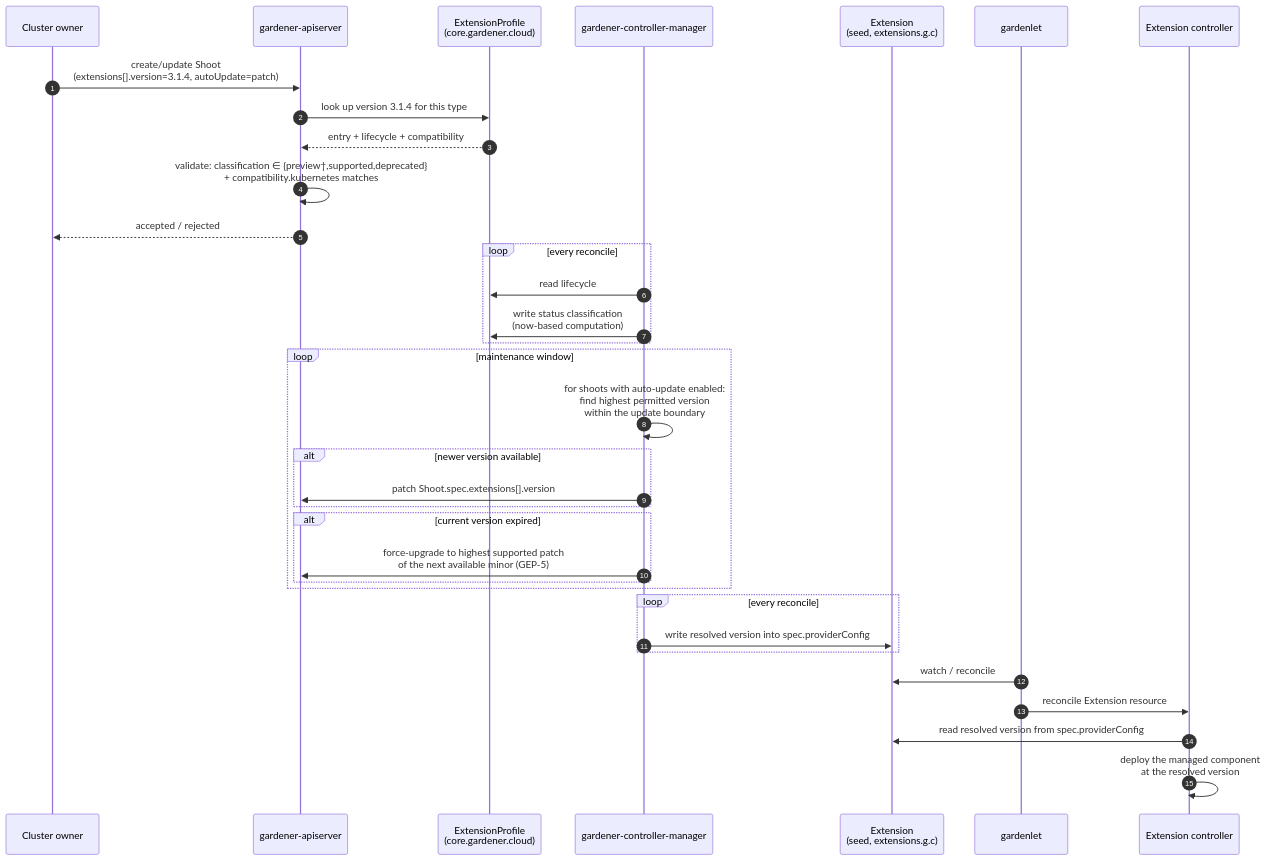
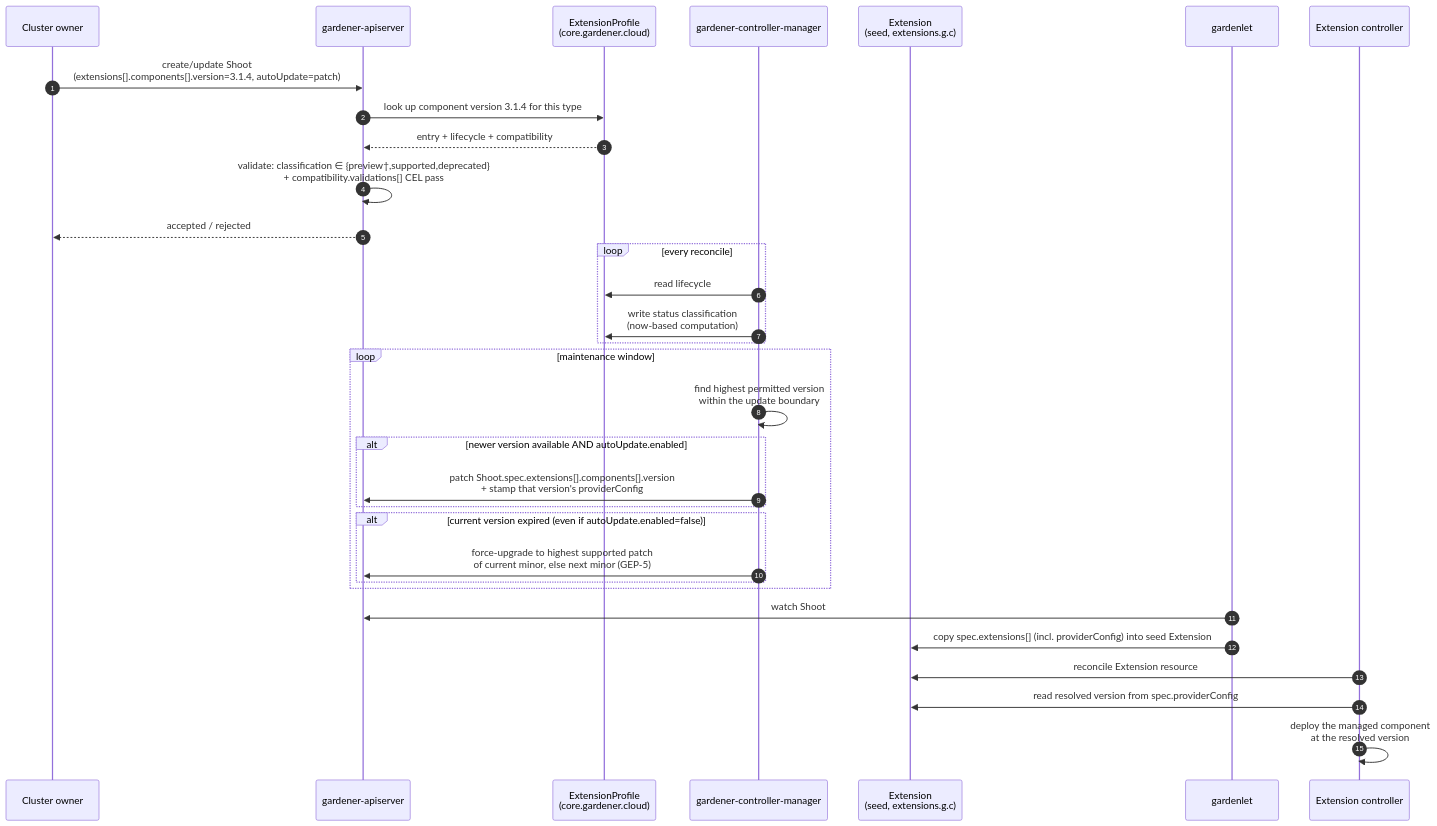
Before and after one commit to DockToFuture/enhancements: the third of 4 diagrams in geps/0078-extension-profile/README.md, drawn with Mermaid. The commit also changed other lines of this file and 3 other files, not shown here.

````diff
--- a/geps/0078-extension-profile/README.md
+++ b/geps/0078-extension-profile/README.md
@@ -502,41 +548,38 @@
 ```mermaid
 sequenceDiagram
   autonumber
   participant Owner as Cluster owner
   participant API as gardener-apiserver
   participant CAT as ExtensionProfile<br/>(core.gardener.cloud)
   participant GCM as gardener-controller-manager
   participant SEED as Extension<br/>(seed, extensions.g.c)
   participant GL as gardenlet
   participant EXT as Extension controller
 
-  Owner->>API: create/update Shoot<br/>(extensions[].version=3.1.4, autoUpdate=patch)
-  API->>CAT: look up version 3.1.4 for this type
+  Owner->>API: create/update Shoot<br/>(extensions[].components[].version=3.1.4, autoUpdate=patch)
+  API->>CAT: look up component version 3.1.4 for this type
   CAT-->>API: entry + lifecycle + compatibility
-  API->>API: validate: classification ∈ {preview†,supported,deprecated}<br/>+ compatibility.kubernetes matches
+  API->>API: validate: classification ∈ {preview†,supported,deprecated}<br/>+ compatibility.validations[] CEL pass
   API-->>Owner: accepted / rejected
 
   loop every reconcile
     GCM->>CAT: read lifecycle
     GCM->>CAT: write status classification<br/>(now-based computation)
   end
 
   loop maintenance window
-    GCM->>GCM: for shoots with auto-update enabled:<br/>find highest permitted version<br/>within the update boundary
-    alt newer version available
-      GCM->>API: patch Shoot.spec.extensions[].version
+    GCM->>GCM: find highest permitted version<br/>within the update boundary
+    alt newer version available AND autoUpdate.enabled
+      GCM->>API: patch Shoot.spec.extensions[].components[].version<br/>+ stamp that version's providerConfig
     end
-    alt current version expired
-      GCM->>API: force-upgrade to highest supported patch<br/>of the next available minor (GEP-5)
+    alt current version expired (even if autoUpdate.enabled=false)
+      GCM->>API: force-upgrade to highest supported patch<br/>of current minor, else next minor (GEP-5)
     end
   end
 
-  loop every reconcile
-    GCM->>SEED: write resolved version into spec.providerConfig
-  end
-
-  GL->>SEED: watch / reconcile
-  GL->>EXT: reconcile Extension resource
+  GL->>API: watch Shoot
+  GL->>SEED: copy spec.extensions[] (incl. providerConfig) into seed Extension
+  EXT->>SEED: reconcile Extension resource
   EXT->>SEED: read resolved version from spec.providerConfig
   EXT->>EXT: deploy the managed component<br/>at the resolved version
 ```
````
